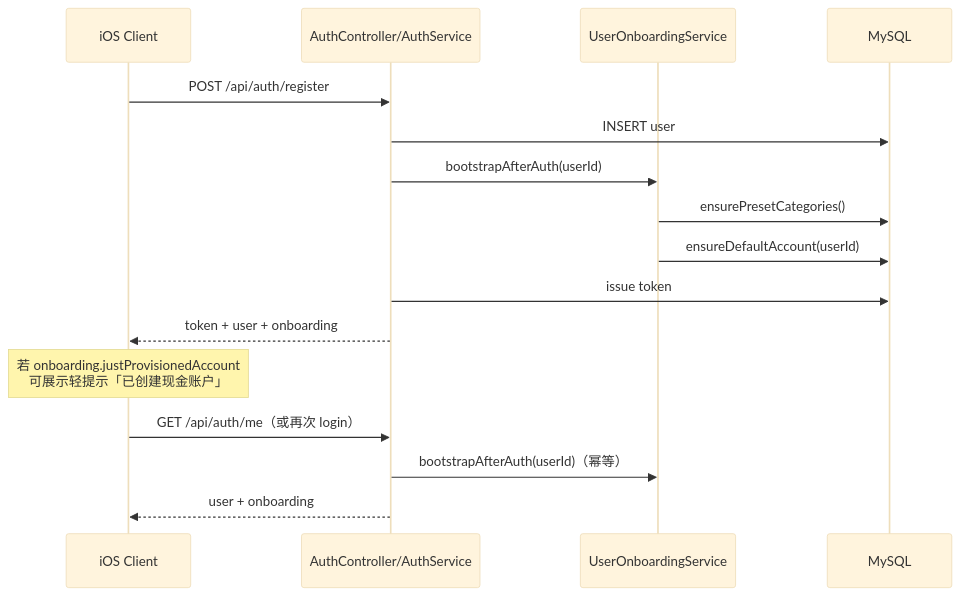
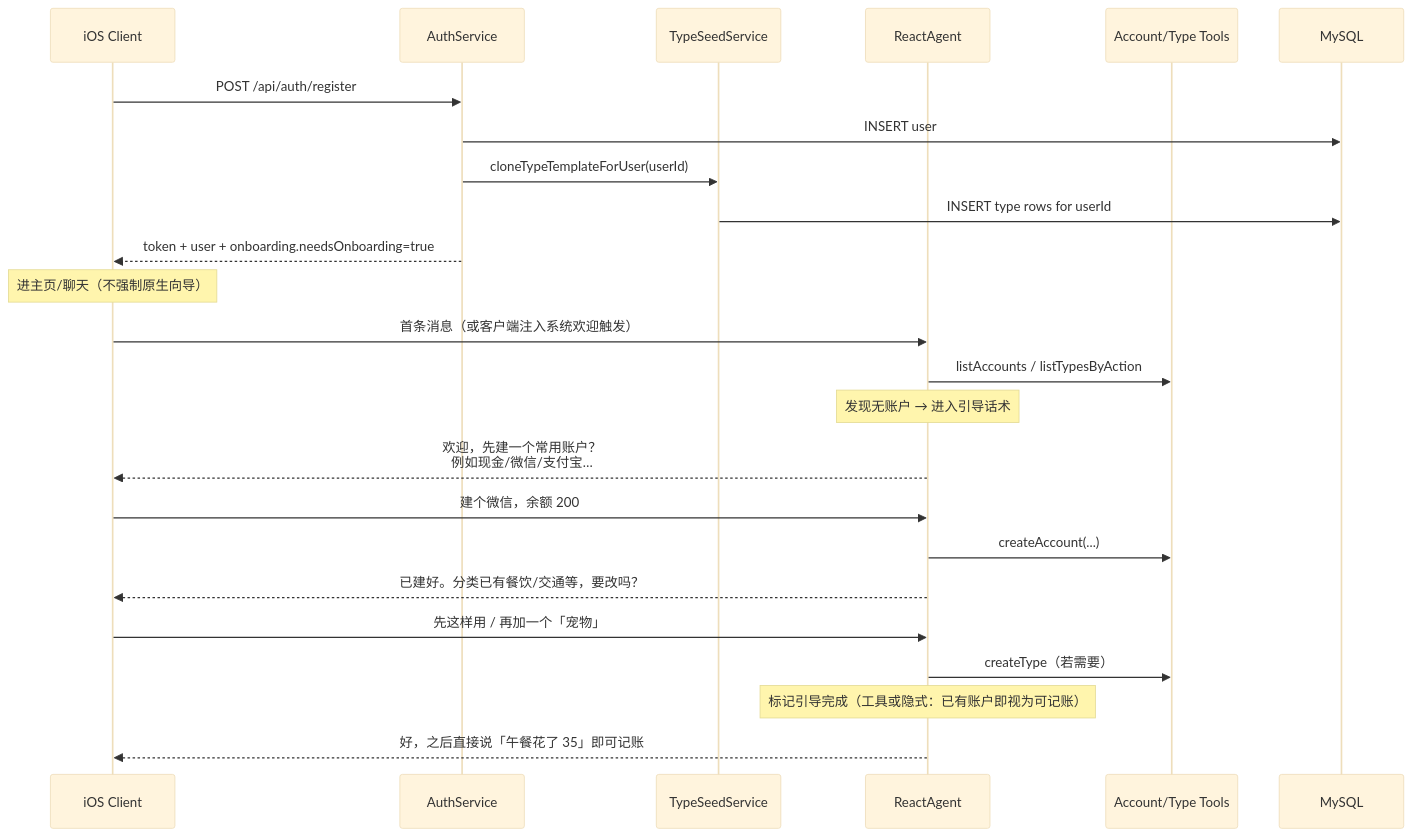
Before and after one commit to rockyshen/easyaccount-agent: the diagram in .cursor/plans/首次登录默认账户与预设分类.plan.md, drawn with Mermaid (base theme). The commit also changed other lines of this file, not shown here.

First line of the commit message:
docs: revise onboarding plan for per-user types and agent-led setup

````diff
--- a/.cursor/plans/首次登录默认账户与预设分类.plan.md
+++ b/.cursor/plans/首次登录默认账户与预设分类.plan.md
@@ -136,21 +147,30 @@
 ```mermaid
 sequenceDiagram
     participant iOS as iOS Client
-    participant Auth as AuthController/AuthService
-    participant Onb as UserOnboardingService
+    participant Auth as AuthService
+    participant Seed as TypeSeedService
+    participant Agent as ReactAgent
+    participant Tools as Account/Type Tools
     participant DB as MySQL
 
     iOS->>Auth: POST /api/auth/register
     Auth->>DB: INSERT user
-    Auth->>Onb: bootstrapAfterAuth(userId)
-    Onb->>DB: ensurePresetCategories()
-    Onb->>DB: ensureDefaultAccount(userId)
-    Auth->>DB: issue token
-    Auth-->>iOS: token + user + onboarding
+    Auth->>Seed: cloneTypeTemplateForUser(userId)
+    Seed->>DB: INSERT type rows for userId
+    Auth-->>iOS: token + user + onboarding.needsOnboarding=true
 
-    Note over iOS: 若 onboarding.justProvisionedAccount<br/>可展示轻提示「已创建现金账户」
+    Note over iOS: 进主页/聊天（不强制原生向导）
 
-    iOS->>Auth: GET /api/auth/me（或再次 login）
-    Auth->>Onb: bootstrapAfterAuth(userId)（幂等）
-    Auth-->>iOS: user + onboarding
+    iOS->>Agent: 首条消息（或客户端注入系统欢迎触发）
+    Agent->>Tools: listAccounts / listTypesByAction
+    Note over Agent: 发现无账户 → 进入引导话术
+
+    Agent-->>iOS: 欢迎，先建一个常用账户？<br/>例如现金/微信/支付宝…
+    iOS->>Agent: 建个微信，余额 200
+    Agent->>Tools: createAccount(...)
+    Agent-->>iOS: 已建好。分类已有餐饮/交通等，要改吗？
+    iOS->>Agent: 先这样用 / 再加一个「宠物」
+    Agent->>Tools: createType（若需要）
+    Note over Agent: 标记引导完成（工具或隐式：已有账户即视为可记账）
+    Agent-->>iOS: 好，之后直接说「午餐花了 35」即可记账
 ```
````
